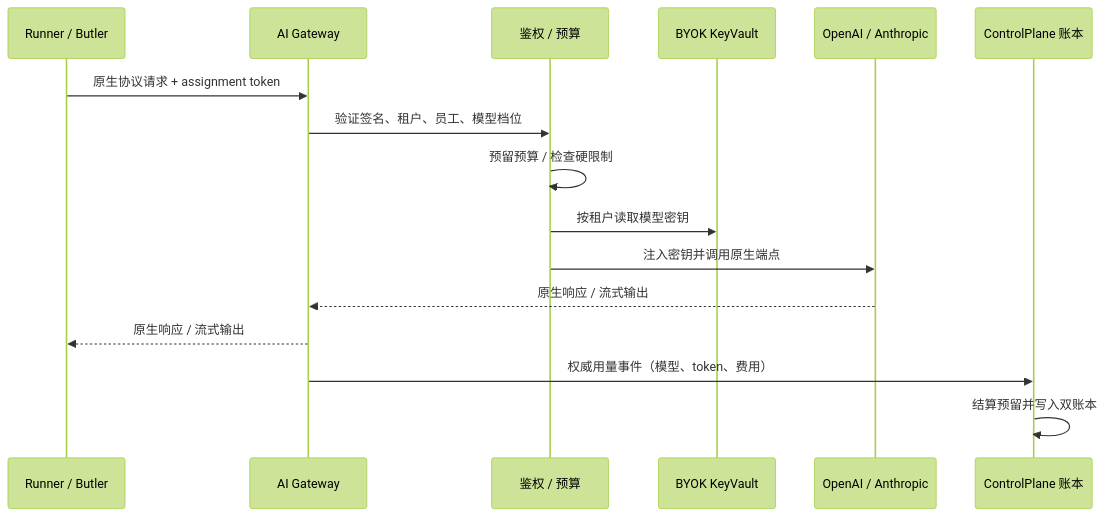
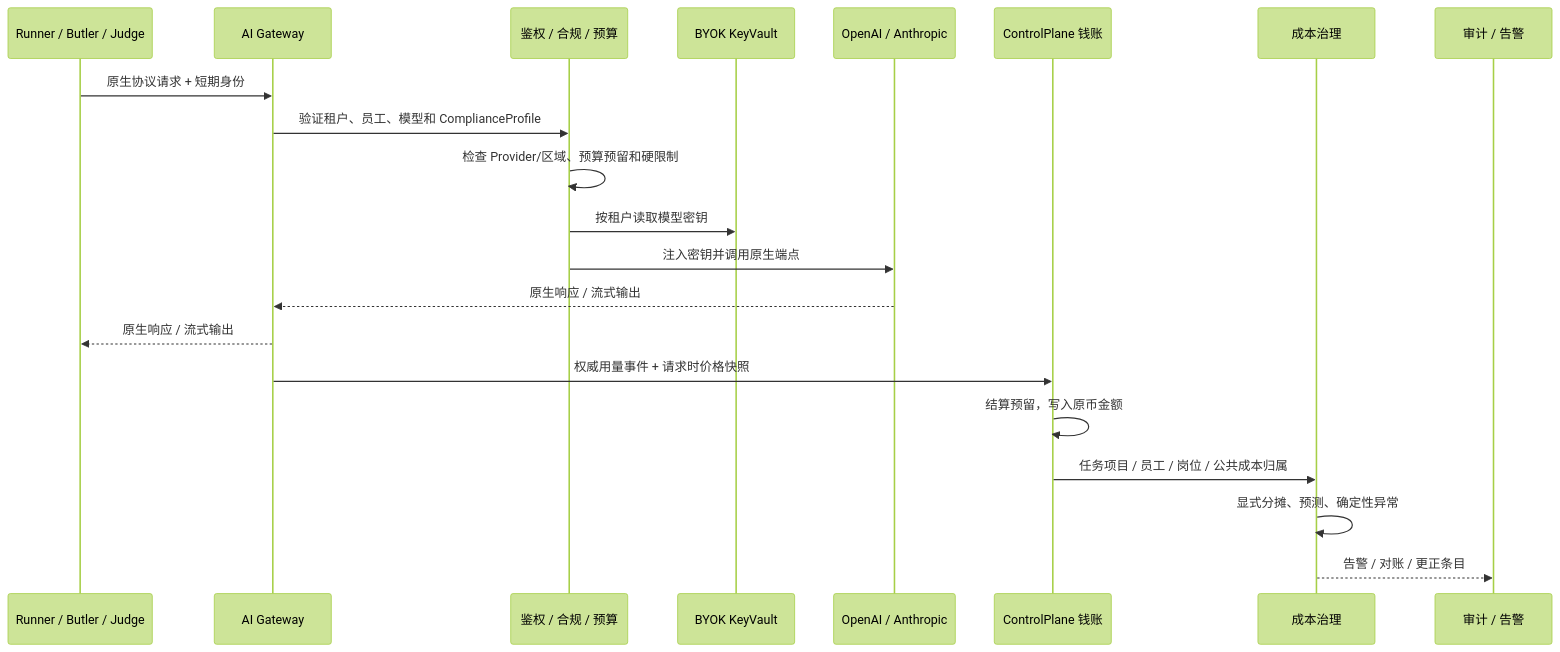
The fourth of 10 diagrams in docs/Regent-Agent-架构流程图.md (wosledon/regent-agent), drawn with Mermaid (forest theme) before and after one commit. The commit also changed other lines of this file, not shown here.

Commit message:
docs: refresh architecture diagrams for Q-027 through Q-052

````diff
--- a/docs/Regent-Agent-架构流程图.md
+++ b/docs/Regent-Agent-架构流程图.md
@@ -259,19 +292,24 @@
 ```mermaid
 sequenceDiagram
-    participant Runner as Runner / Butler
+    participant Caller as Runner / Butler / Judge
     participant GW as AI Gateway
-    participant Policy as 鉴权 / 预算
+    participant Policy as 鉴权 / 合规 / 预算
     participant KV as BYOK KeyVault
     participant Provider as OpenAI / Anthropic
-    participant Ledger as ControlPlane 账本
+    participant Ledger as ControlPlane 钱账
+    participant Cost as 成本治理
+    participant Audit as 审计 / 告警
 
-    Runner->>GW: 原生协议请求 + assignment token
-    GW->>Policy: 验证签名、租户、员工、模型档位
-    Policy->>Policy: 预留预算 / 检查硬限制
+    Caller->>GW: 原生协议请求 + 短期身份
+    GW->>Policy: 验证租户、员工、模型和 ComplianceProfile
+    Policy->>Policy: 检查 Provider/区域、预算预留和硬限制
     Policy->>KV: 按租户读取模型密钥
     Policy->>Provider: 注入密钥并调用原生端点
     Provider-->>GW: 原生响应 / 流式输出
-    GW-->>Runner: 原生响应 / 流式输出
-    GW->>Ledger: 权威用量事件（模型、token、费用）
-    Ledger->>Ledger: 结算预留并写入双账本
+    GW-->>Caller: 原生响应 / 流式输出
+    GW->>Ledger: 权威用量事件 + 请求时价格快照
+    Ledger->>Ledger: 结算预留，写入原币金额
+    Ledger->>Cost: 任务项目 / 员工 / 岗位 / 公共成本归属
+    Cost->>Cost: 显式分摊、预测、确定性异常
+    Cost-->>Audit: 告警 / 对账 / 更正条目
 ```
````
